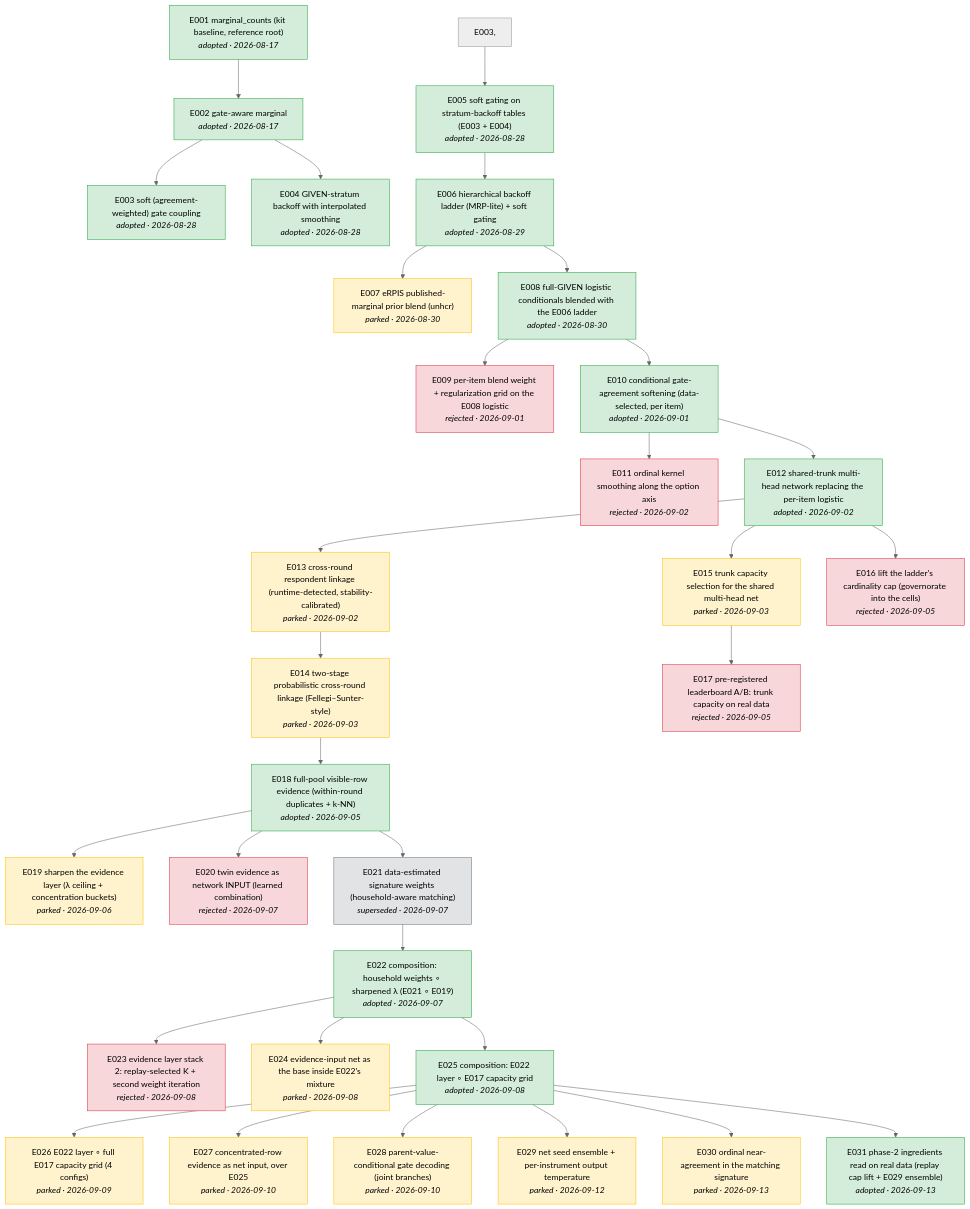
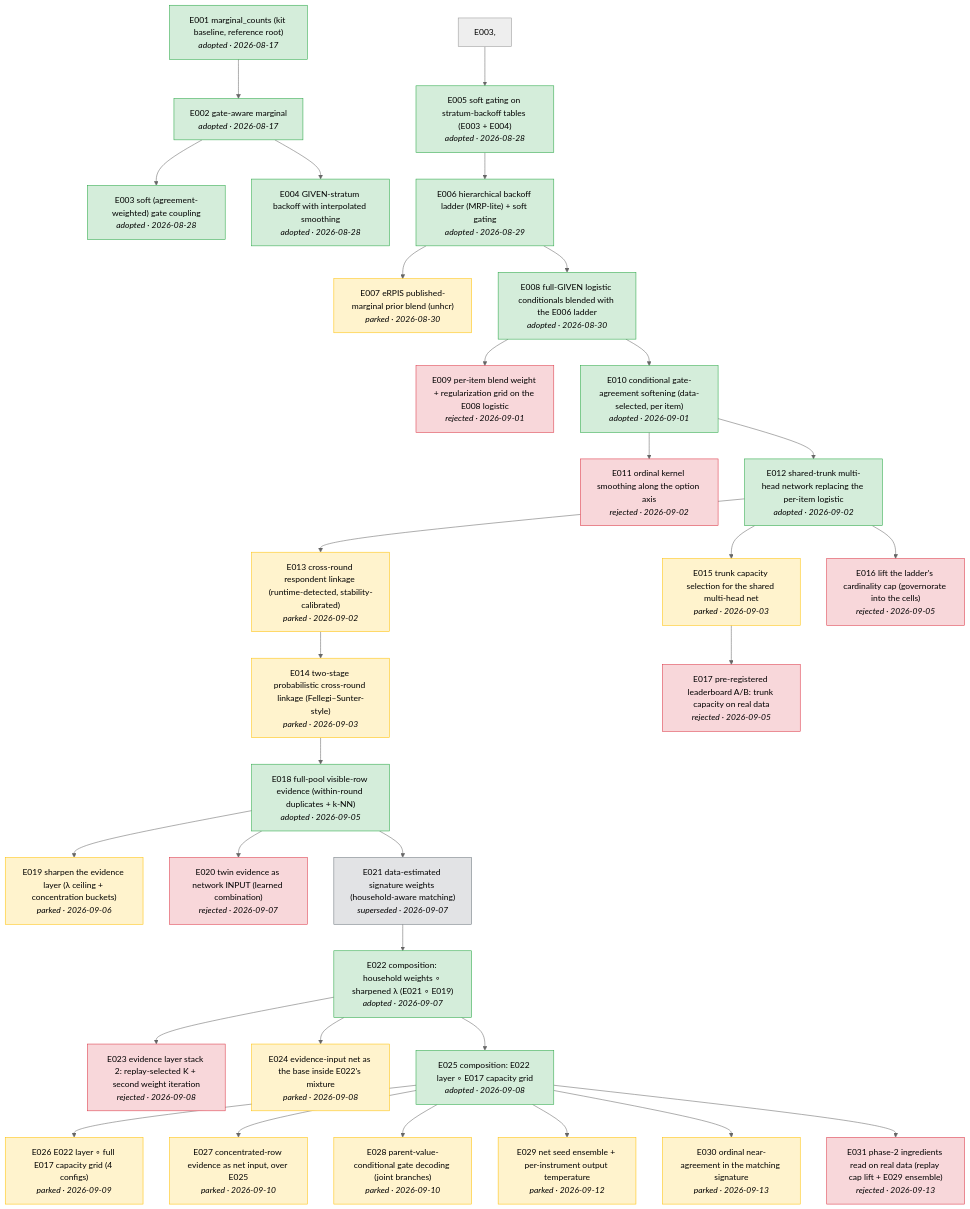
One commit to joon56/Simulacrabench-NeurIPS-2026- changed the diagram in docs/tree.md. Above: the diagram before and after it, drawn with Mermaid (neutral theme). The commit also changed 4 other files, not shown here.

Commit message:
E031b: flat at 0.63 — replay cap lift null on real data; E031 rejected, variance axis closed; next = probe submissions

````diff
--- a/docs/tree.md
+++ b/docs/tree.md
@@ -5,72 +5,72 @@
 ```mermaid
 flowchart TD
     E001["E001 marginal_counts (kit baseline, reference root)<br/><i>adopted · 2026-08-17</i>"]
     E002["E002 gate-aware marginal<br/><i>adopted · 2026-08-17</i>"]
     E001 --> E002
     E003["E003 soft (agreement-weighted) gate coupling<br/><i>adopted · 2026-08-28</i>"]
     E002 --> E003
     E004["E004 GIVEN-stratum backoff with interpolated smoothing<br/><i>adopted · 2026-08-28</i>"]
     E002 --> E004
     E005["E005 soft gating on stratum-backoff tables (E003 + E004)<br/><i>adopted · 2026-08-28</i>"]
     E003, --> E005
     E006["E006 hierarchical backoff ladder (MRP-lite) + soft gating<br/><i>adopted · 2026-08-29</i>"]
     E005 --> E006
     E007["E007 eRPIS published-marginal prior blend (unhcr)<br/><i>parked · 2026-08-30</i>"]
     E006 --> E007
     E008["E008 full-GIVEN logistic conditionals blended with the E006 ladder<br/><i>adopted · 2026-08-30</i>"]
     E006 --> E008
     E009["E009 per-item blend weight + regularization grid on the E008 logistic<br/><i>rejected · 2026-09-01</i>"]
     E008 --> E009
     E010["E010 conditional gate-agreement softening (data-selected, per item)<br/><i>adopted · 2026-09-01</i>"]
     E008 --> E010
     E011["E011 ordinal kernel smoothing along the option axis<br/><i>rejected · 2026-09-02</i>"]
     E010 --> E011
     E012["E012 shared-trunk multi-head network replacing the per-item logistic<br/><i>adopted · 2026-09-02</i>"]
     E010 --> E012
     E013["E013 cross-round respondent linkage (runtime-detected, stability-calibrated)<br/><i>parked · 2026-09-02</i>"]
     E012 --> E013
     E014["E014 two-stage probabilistic cross-round linkage (Fellegi–Sunter-style)<br/><i>parked · 2026-09-03</i>"]
     E013 --> E014
     E015["E015 trunk capacity selection for the shared multi-head net<br/><i>parked · 2026-09-03</i>"]
     E012 --> E015
     E016["E016 lift the ladder's cardinality cap (governorate into the cells)<br/><i>rejected · 2026-09-05</i>"]
     E012 --> E016
     E017["E017 pre-registered leaderboard A/B: trunk capacity on real data<br/><i>rejected · 2026-09-05</i>"]
     E015 --> E017
     E018["E018 full-pool visible-row evidence (within-round duplicates + k-NN)<br/><i>adopted · 2026-09-05</i>"]
     E014 --> E018
     E019["E019 sharpen the evidence layer (λ ceiling + concentration buckets)<br/><i>parked · 2026-09-06</i>"]
     E018 --> E019
     E020["E020 twin evidence as network INPUT (learned combination)<br/><i>rejected · 2026-09-07</i>"]
     E018 --> E020
     E021["E021 data-estimated signature weights (household-aware matching)<br/><i>superseded · 2026-09-07</i>"]
     E018 --> E021
     E022["E022 composition: household weights ∘ sharpened λ (E021 ∘ E019)<br/><i>adopted · 2026-09-07</i>"]
     E021 --> E022
     E023["E023 evidence layer stack 2: replay-selected K + second weight iteration<br/><i>rejected · 2026-09-08</i>"]
     E022 --> E023
     E024["E024 evidence-input net as the base inside E022's mixture<br/><i>parked · 2026-09-08</i>"]
     E022 --> E024
     E025["E025 composition: E022 layer ∘ E017 capacity grid<br/><i>adopted · 2026-09-08</i>"]
     E022 --> E025
     E026["E026 E022 layer ∘ full E017 capacity grid (4 configs)<br/><i>parked · 2026-09-09</i>"]
     E025 --> E026
     E027["E027 concentrated-row evidence as net input, over E025<br/><i>parked · 2026-09-10</i>"]
     E025 --> E027
     E028["E028 parent-value-conditional gate decoding (joint branches)<br/><i>parked · 2026-09-10</i>"]
     E025 --> E028
     E029["E029 net seed ensemble + per-instrument output temperature<br/><i>parked · 2026-09-12</i>"]
     E025 --> E029
     E030["E030 ordinal near-agreement in the matching signature<br/><i>parked · 2026-09-13</i>"]
     E025 --> E030
-    E031["E031 phase-2 ingredients read on real data (replay cap lift + E029 ensemble)<br/><i>adopted · 2026-09-13</i>"]
+    E031["E031 phase-2 ingredients read on real data (replay cap lift + E029 ensemble)<br/><i>rejected · 2026-09-13</i>"]
     E025 --> E031
     classDef adopted fill:#d4edda,stroke:#28a745
-    class E001,E002,E003,E004,E005,E006,E008,E010,E012,E018,E022,E025,E031 adopted
+    class E001,E002,E003,E004,E005,E006,E008,E010,E012,E018,E022,E025 adopted
     classDef rejected fill:#f8d7da,stroke:#dc3545
-    class E009,E011,E016,E017,E020,E023 rejected
+    class E009,E011,E016,E017,E020,E023,E031 rejected
     classDef parked fill:#fff3cd,stroke:#ffc107
     class E007,E013,E014,E015,E019,E024,E026,E027,E028,E029,E030 parked
     classDef superseded fill:#e2e3e5,stroke:#6c757d
     class E021 superseded
 ```
````
